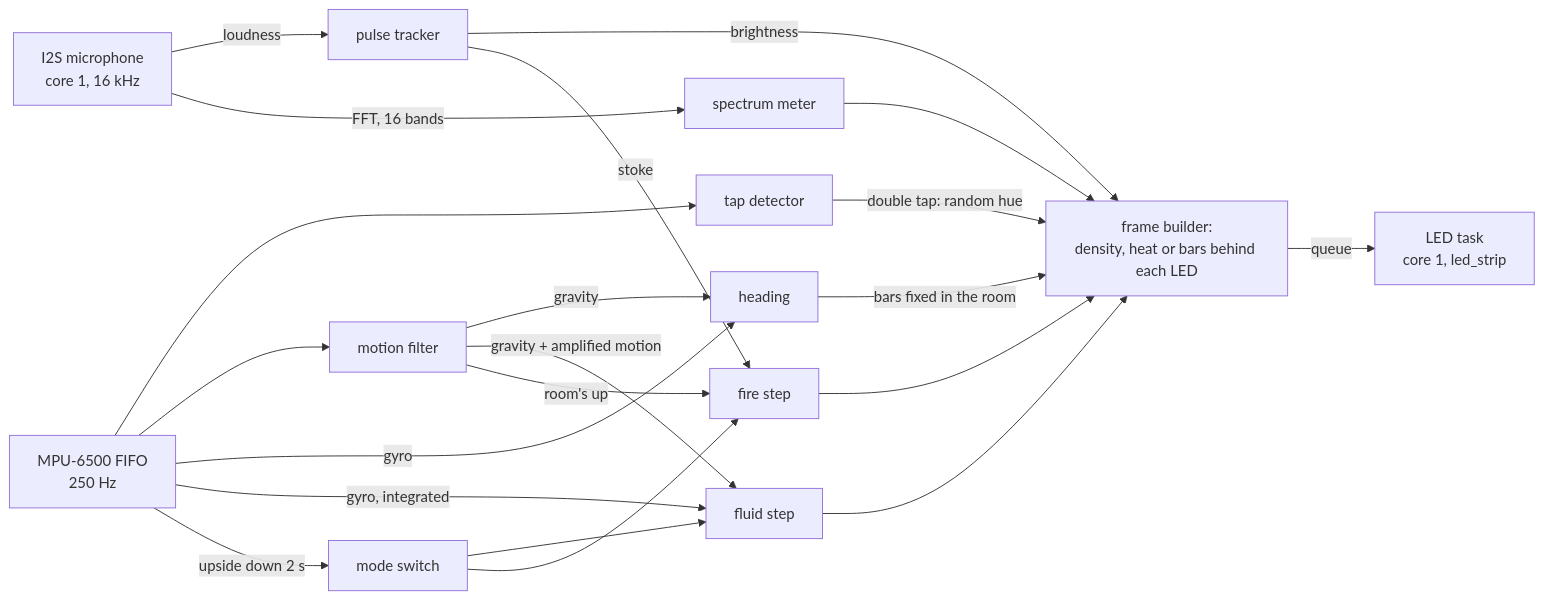
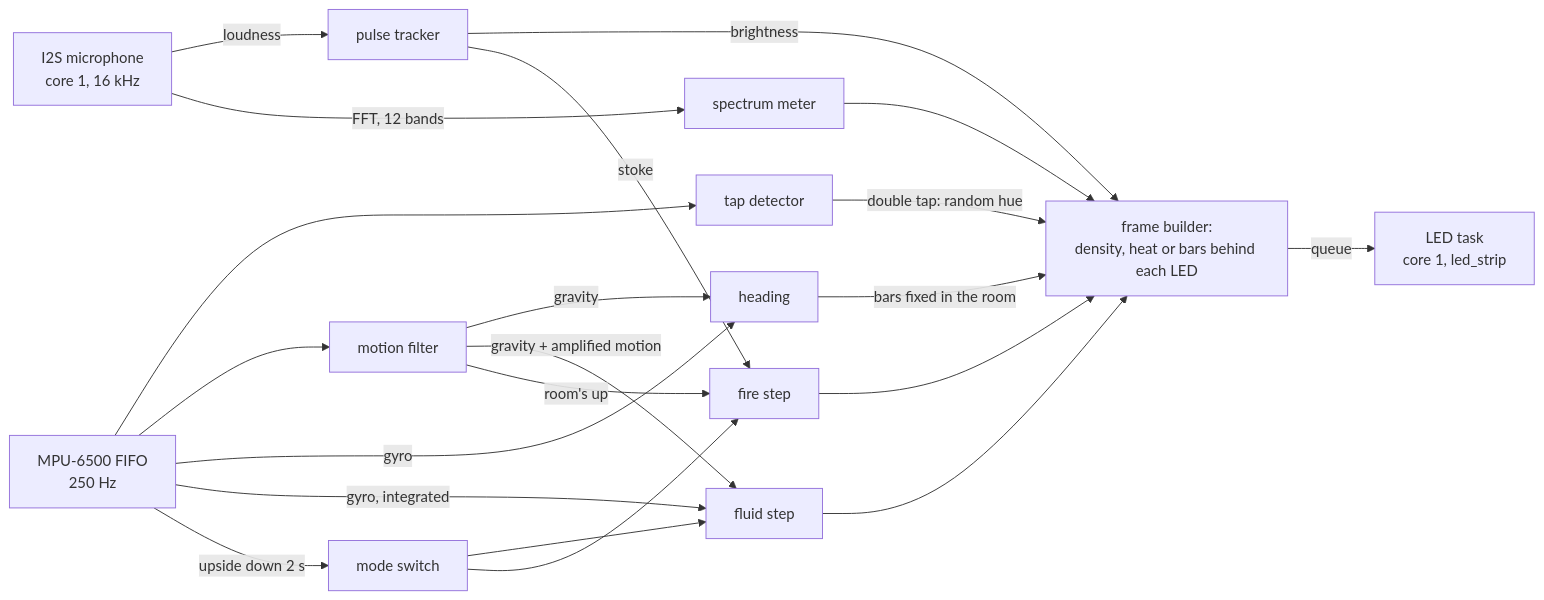
One commit to psytraxx/gravity-hat-espidf changed the second of 2 diagrams in README.md. Above: the diagram before and after it, drawn with Mermaid. The commit also changed other lines of this file and 3 other files, not shown here.

````diff
--- a/README.md
+++ b/README.md
@@ -310,23 +310,23 @@
 ```mermaid
 flowchart LR
     IMU[MPU-6500 FIFO<br/>250 Hz] --> TAP[tap detector]
     IMU --> MF[motion filter]
     TAP -->|double tap: random hue| FB
     MIC[I2S microphone<br/>core 1, 16 kHz] -->|loudness| PULSE[pulse tracker]
-    MIC -->|FFT, 16 bands| METER[spectrum meter]
+    MIC -->|FFT, 12 bands| METER[spectrum meter]
     METER --> FB
     MF -->|gravity| HEAD[heading]
     IMU -->|gyro| HEAD
     HEAD -->|bars fixed in the room| FB
     PULSE -->|brightness| FB
     MF -->|gravity + amplified motion| FX[fluid step]
     IMU -->|gyro, integrated| FX
     IMU -->|upside down 2 s| MODE[mode switch]
     MODE --> FX
     MODE --> FIRE
     MF -->|room's up| FIRE[fire step]
     PULSE -->|stoke| FIRE
     FIRE --> FB
     FX --> FB[frame builder:<br/>density, heat or bars behind each LED]
     FB -->|queue| LED[LED task<br/>core 1, led_strip]
 ```
````
